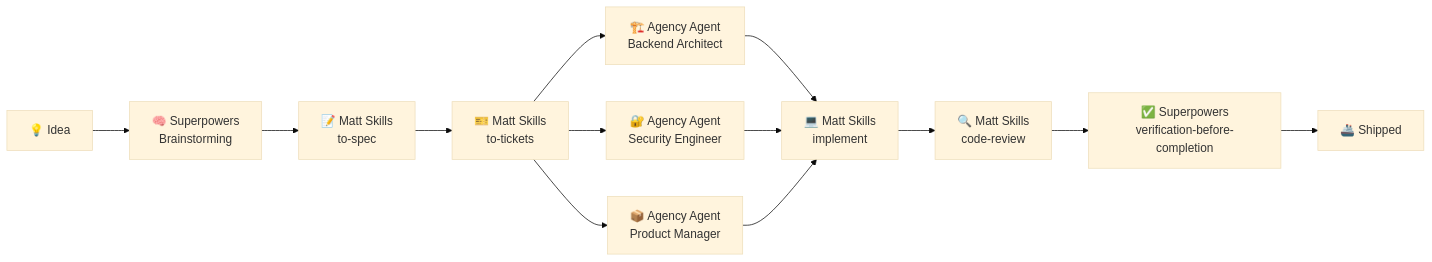
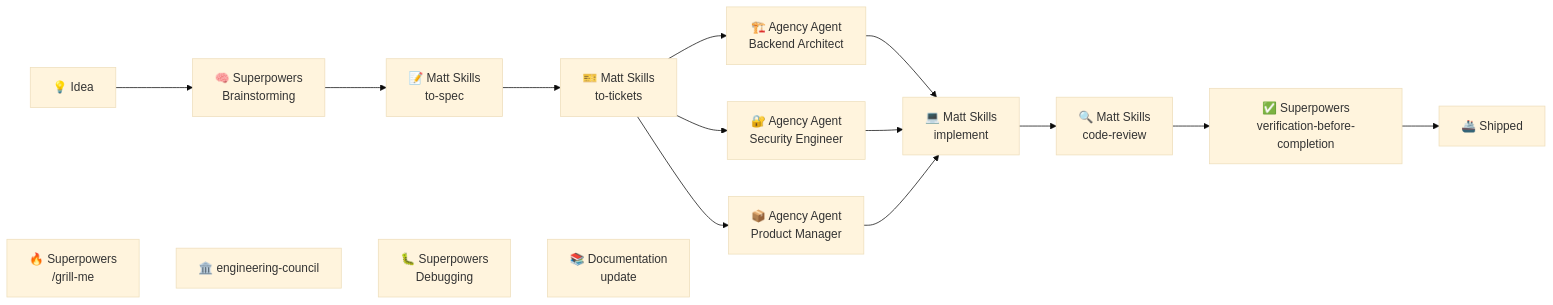
One commit to evermeer/CodingAgentOrchestration changed the third of 3 diagrams in docs/part-1-why-use-an-ai-coding-agent-cli.md. Above: the diagram before and after it, drawn with Mermaid (base theme).

Commit message:
optional flow steps added to chart.

````diff
--- a/docs/part-1-why-use-an-ai-coding-agent-cli.md
+++ b/docs/part-1-why-use-an-ai-coding-agent-cli.md
@@ -240,24 +240,34 @@
 ```mermaid
 flowchart LR
 
     Idea[💡 Idea]
         --> B["🧠 Superpowers<br/>Brainstorming"]
 
     B --> S["📝 Matt Skills<br/>to-spec"]
 
     S --> T["🎫 Matt Skills<br/>to-tickets"]
 
     T --> A1["🏗️ Agency Agent<br/>Backend Architect"]
     T --> A2["🔐 Agency Agent<br/>Security Engineer"]
     T --> A3["📦 Agency Agent<br/>Product Manager"]
 
     A1 --> I["💻 Matt Skills<br/>implement"]
     A2 --> I
     A3 --> I
 
     I --> R["🔍 Matt Skills<br/>code-review"]
 
     R --> V["✅ Superpowers<br/>verification-before-completion"]
 
     V --> Done[🚢 Shipped]
+
+
+    %% invisible spacer row: pushes the optional-tools row (O1–O4) down ~one box height
+    SPACER["&nbsp;<br/>&nbsp;"]
+    style SPACER fill:transparent,stroke:transparent,color:transparent
+
+    O1["🔥 Superpowers<br/>/grill-me"]
+    O1 ~~~ O2["🏛️ engineering-council"]
+    O2 ~~~ O3["🐛 Superpowers<br/>Debugging"]
+    O3 ~~~ O4["📚 Documentation<br/>update"]
 ```
````
